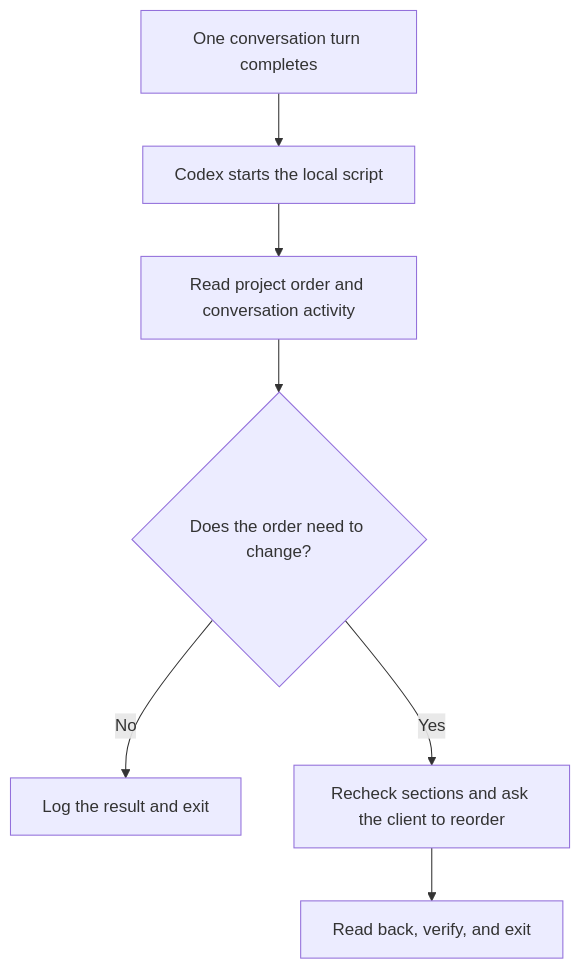
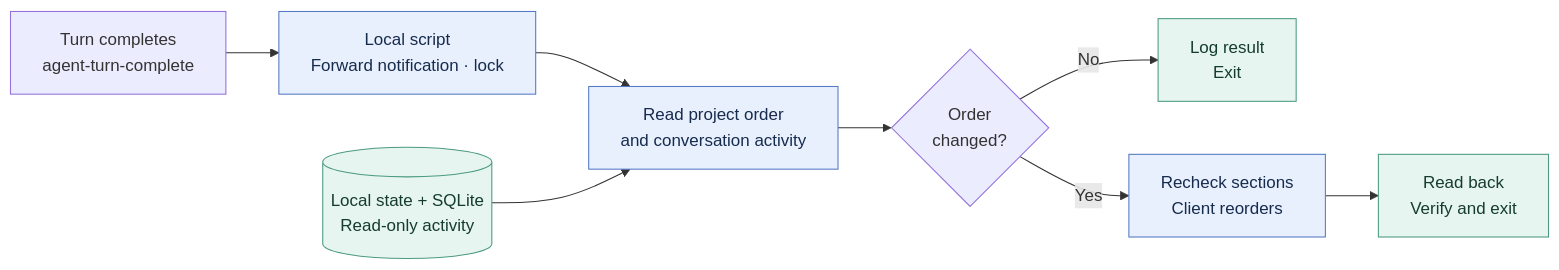
Before and after one commit to flyl1u/CodexPulse: the diagram in README.md, drawn with Mermaid. The commit also changed other lines of this file and 11 other files, not shown here.

Commit message:
补充中英文架构图

````diff
--- a/README.md
+++ b/README.md
@@ -50,9 +51,14 @@
 ```mermaid
-flowchart TD
-    A[One conversation turn completes] --> B[Codex starts the local script]
-    B --> C[Read project order and conversation activity]
-    C --> D{Does the order need to change?}
-    D -- No --> E[Log the result and exit]
-    D -- Yes --> F[Recheck sections and ask the client to reorder]
-    F --> G[Read back, verify, and exit]
+flowchart LR
+    A["Turn completes<br/>agent-turn-complete"] --> B["Local script<br/>Forward notification · lock"]
+    B --> C["Read project order<br/>and conversation activity"]
+    S[("Local state + SQLite<br/>Read-only activity")] --> C
+    C --> D{"Order<br/>changed?"}
+    D -->|No| E["Log result<br/>Exit"]
+    D -->|Yes| F["Recheck sections<br/>Client reorders"]
+    F --> G["Read back<br/>Verify and exit"]
+    classDef service fill:#e8f0fe,stroke:#547ac4,color:#172b4d
+    classDef storage fill:#e6f5ef,stroke:#4b9b7e,color:#153c2e
+    class B,C,F service
+    class S,E,G storage
 ```
````
